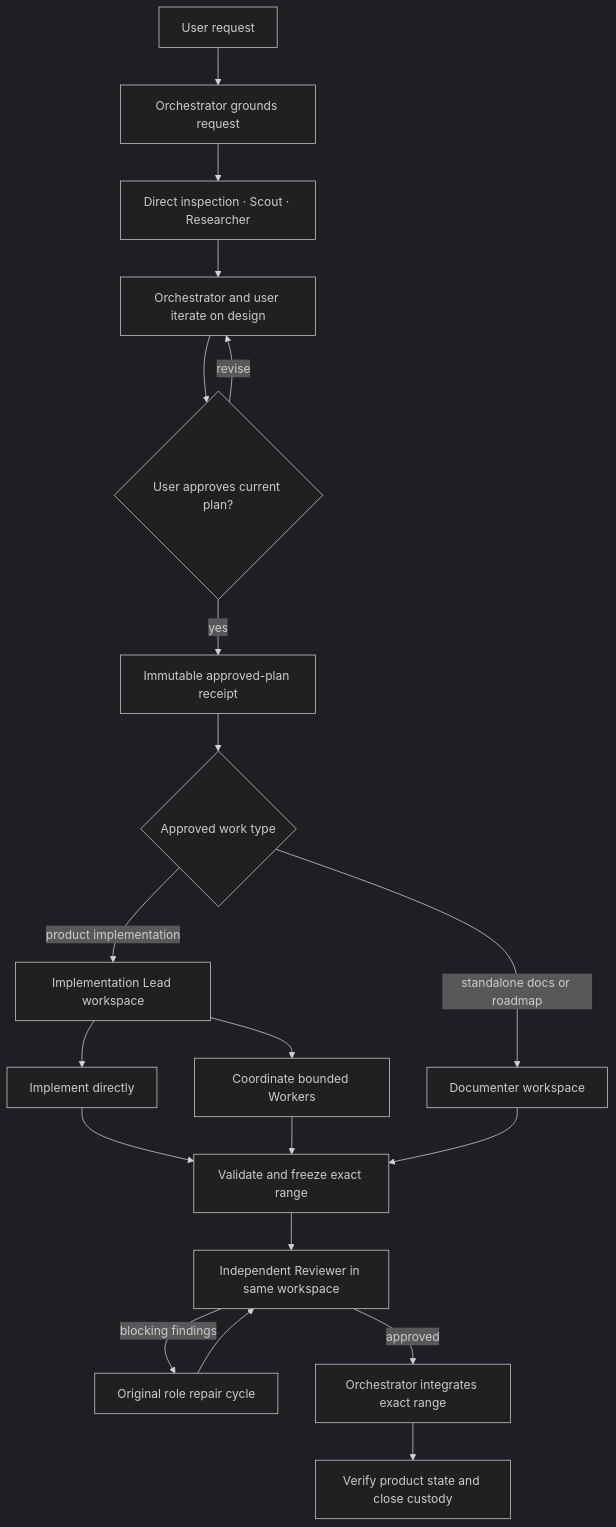
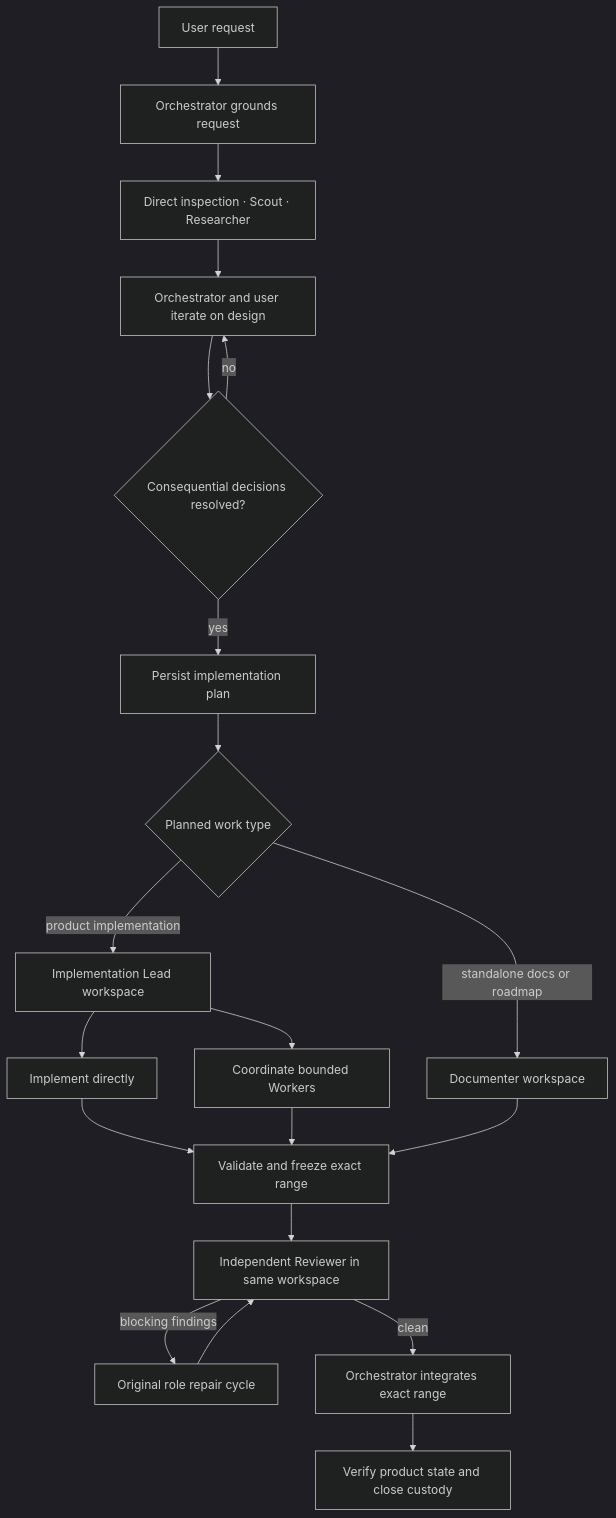
Before and after one commit to xavierchanth/pi-guardian: the diagram in docs/concurrency/README.md, drawn with Mermaid (dark theme). The commit also changed other lines of this file and 33 other files, not shown here.

````diff
--- a/docs/concurrency/README.md
+++ b/docs/concurrency/README.md
@@ -19,22 +19,22 @@
 ```mermaid
 flowchart TD
   Request[User request] --> Ground[Orchestrator grounds request]
   Ground --> Evidence[Direct inspection · Scout · Researcher]
   Evidence --> Design[Orchestrator and user iterate on design]
-  Design --> Decision{User approves current plan?}
-  Decision -->|revise| Design
-  Decision -->|yes| Approval[Immutable approved-plan receipt]
-  Approval --> Route{Approved work type}
+  Design --> Clarity{Consequential decisions resolved?}
+  Clarity -->|no| Design
+  Clarity -->|yes| Plan[Persist implementation plan]
+  Plan --> Route{Planned work type}
   Route -->|product implementation| Lead[Implementation Lead workspace]
   Route -->|standalone docs or roadmap| Documenter[Documenter workspace]
   Lead --> Direct[Implement directly]
   Lead --> Workers[Coordinate bounded Workers]
   Direct --> Freeze[Validate and freeze exact range]
   Workers --> Freeze
   Documenter --> Freeze
   Freeze --> Review[Independent Reviewer in same workspace]
   Review -->|blocking findings| Repair[Original role repair cycle]
   Repair --> Review
-  Review -->|approved| Integrate[Orchestrator integrates exact range]
+  Review -->|clean| Integrate[Orchestrator integrates exact range]
   Integrate --> Verify[Verify product state and close custody]
 ```
````
